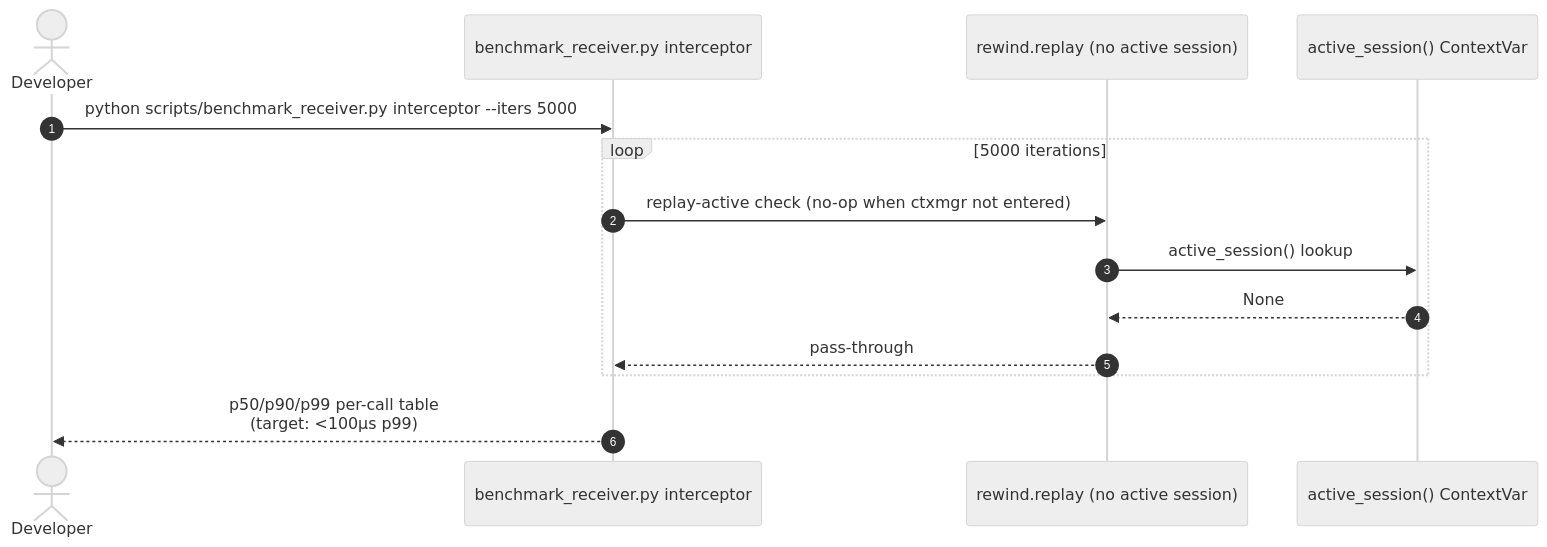
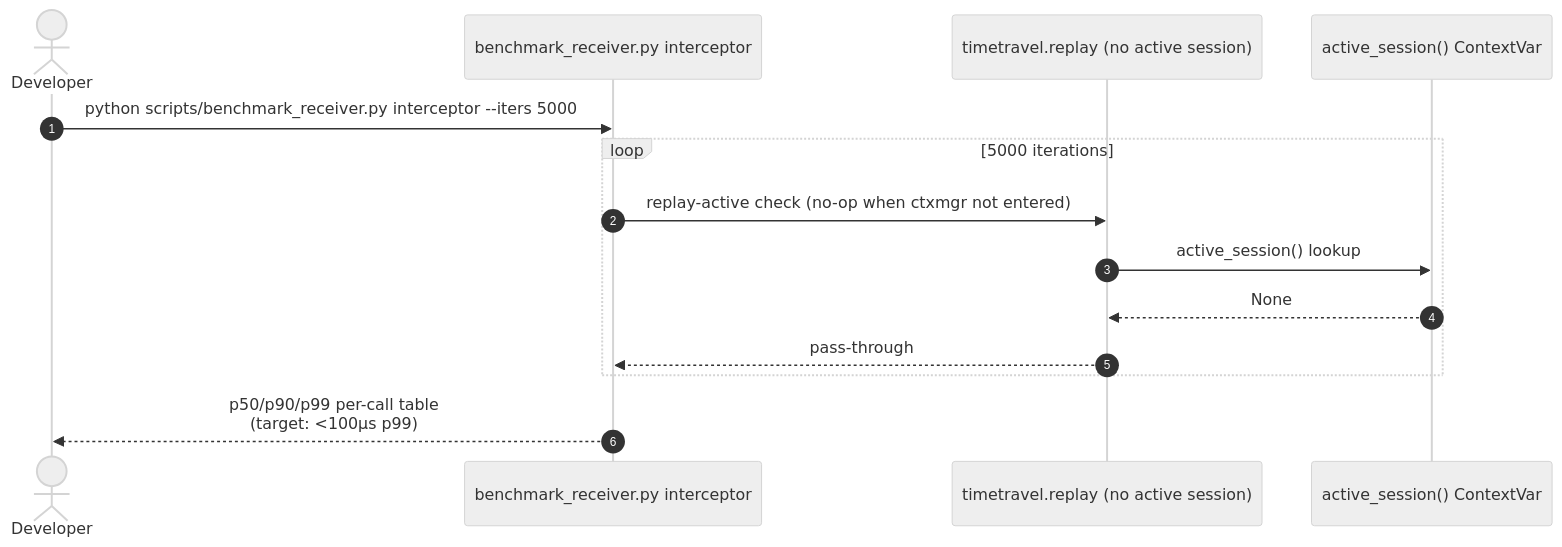
One commit to akshay-mp/Rewind changed the third of 4 diagrams in docs/phases/phase-8.md. Above: the diagram before and after it, drawn with Mermaid (neutral theme). The commit also changed other lines of this file and 244 other files, not shown here.

````diff
--- a/docs/phases/phase-8.md
+++ b/docs/phases/phase-8.md
@@ -196,16 +196,16 @@
 ```mermaid
 sequenceDiagram
     autonumber
     actor U as Developer
     participant Bench as benchmark_receiver.py interceptor
-    participant RS as rewind.replay (no active session)
+    participant RS as timetravel.replay (no active session)
     participant CV as active_session() ContextVar
     U->>Bench: python scripts/benchmark_receiver.py interceptor --iters 5000
     loop 5000 iterations
         Bench->>RS: replay-active check (no-op when ctxmgr not entered)
         RS->>CV: active_session() lookup
         CV-->>RS: None
         RS-->>Bench: pass-through
     end
     Bench-->>U: p50/p90/p99 per-call table<br/>(target: <100µs p99)
 ```
````
